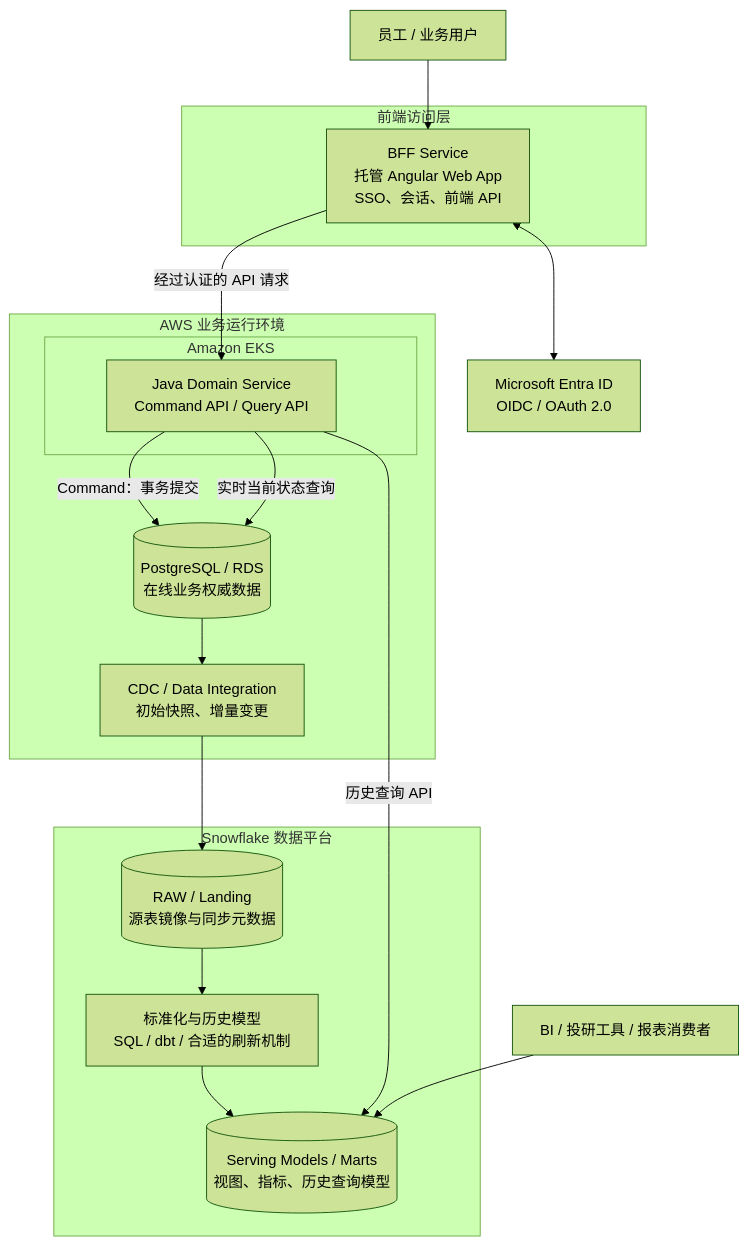
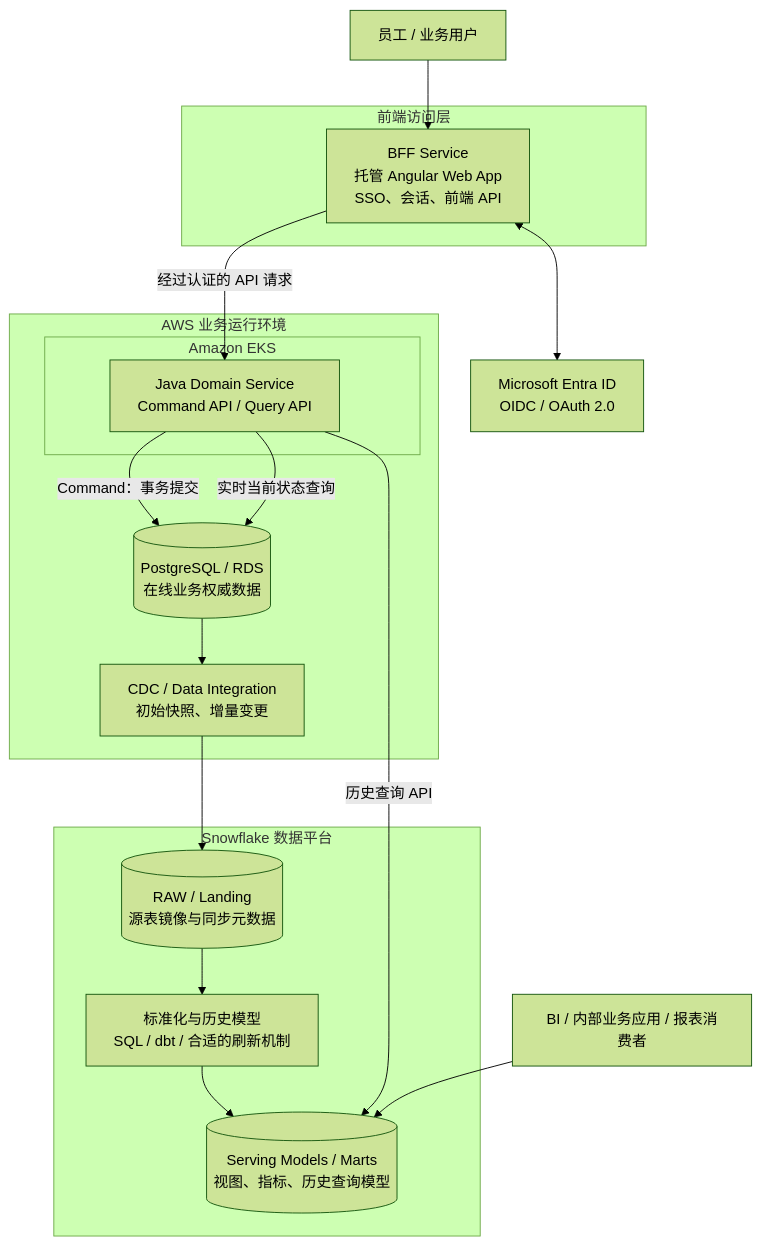
Before and after one commit to devweekly/devweekly.github.io: the first of 11 diagrams in src/content/blog/financial-services-cqrs-postgres-snowflake.md, drawn with Mermaid (forest theme). The commit also changed other lines of this file, not shown here.

````diff
--- a/src/content/blog/financial-services-cqrs-postgres-snowflake.md
+++ b/src/content/blog/financial-services-cqrs-postgres-snowflake.md
@@ -20,29 +20,29 @@
 ```mermaid
 flowchart TB
     User["员工 / 业务用户"]
     subgraph WebBoundary["前端访问层"]
         BFF["BFF Service<br/>托管 Angular Web App<br/>SSO、会话、前端 API"]
     end
     Entra["Microsoft Entra ID<br/>OIDC / OAuth 2.0"]
     subgraph AWS["AWS 业务运行环境"]
         subgraph EKS["Amazon EKS"]
             DomainAPI["Java Domain Service<br/>Command API / Query API"]
         end
         PG[("PostgreSQL / RDS<br/>在线业务权威数据")]
         CDC["CDC / Data Integration<br/>初始快照、增量变更"]
     end
     subgraph SnowflakeAccount["Snowflake 数据平台"]
         Raw[("RAW / Landing<br/>源表镜像与同步元数据")]
         Model["标准化与历史模型<br/>SQL / dbt / 合适的刷新机制"]
         Mart[("Serving Models / Marts<br/>视图、指标、历史查询模型")]
     end
     User --> BFF
     BFF <--> Entra
     BFF -->|"经过认证的 API 请求"| DomainAPI
     DomainAPI -->|"Command：事务提交"| PG
     DomainAPI -->|"实时当前状态查询"| PG
     PG --> CDC
     CDC --> Raw --> Model --> Mart
     DomainAPI -->|"历史查询 API"| Mart
-    BI["BI / 投研工具 / 报表消费者"] --> Mart
+    BI["BI / 内部业务应用 / 报表消费者"] --> Mart
 ```
````
